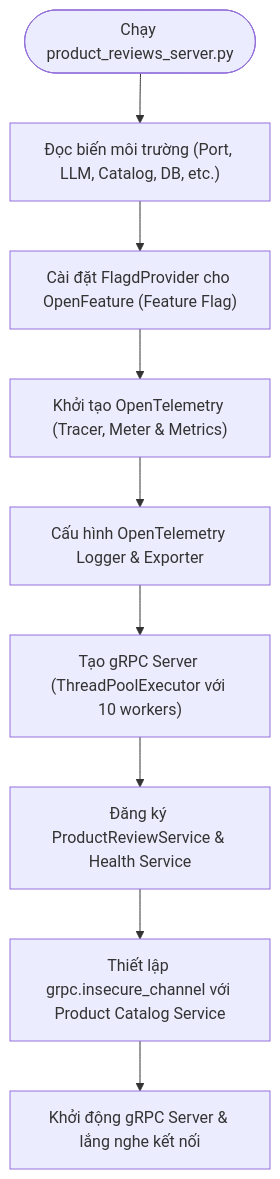
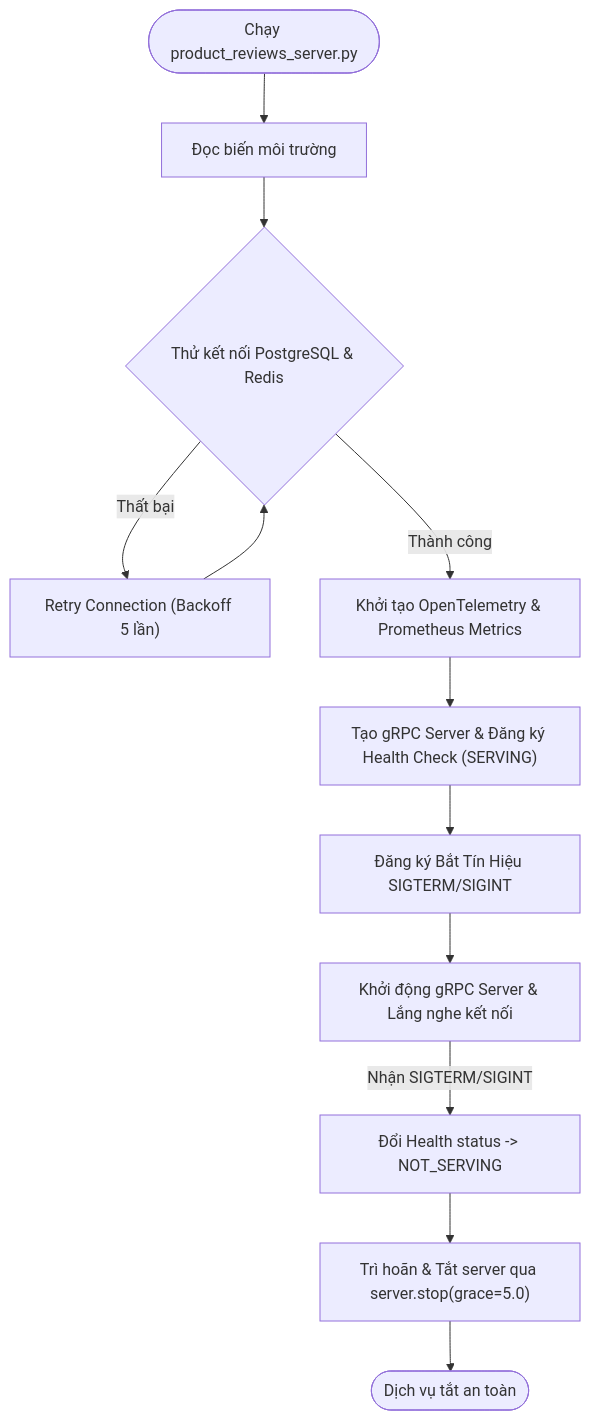
The second of 4 diagrams in AIE1/techx-corp-platform/src/product-reviews/README.md (DangThao195/AIO02_TF3_Phase3), drawn with Mermaid before and after one commit. The commit also changed other lines of this file and 54 other files, not shown here.

Commit message:
merge: pull and integrate AIE1 directory updates from feature/product-review

````diff
--- a/AIE1/techx-corp-platform/src/product-reviews/README.md
+++ b/AIE1/techx-corp-platform/src/product-reviews/README.md
@@ -63,11 +61,15 @@
 ```mermaid
 flowchart TD
-    Start(["Chạy product_reviews_server.py"]) --> Env["Đọc biến môi trường (Port, LLM, Catalog, DB, etc.)"]
-    Env --> SetFlagd["Cài đặt FlagdProvider cho OpenFeature (Feature Flag)"]
-    SetFlagd --> InitOtel["Khởi tạo OpenTelemetry (Tracer, Meter & Metrics)"]
-    InitOtel --> InitLogs["Cấu hình OpenTelemetry Logger & Exporter"]
-    InitLogs --> CreateServer["Tạo gRPC Server (ThreadPoolExecutor với 10 workers)"]
-    CreateServer --> RegServices["Đăng ký ProductReviewService & Health Service"]
-    RegServices --> ConnectCatalog["Thiết lập grpc.insecure_channel với Product Catalog Service"]
-    ConnectCatalog --> StartListen["Khởi động gRPC Server & lắng nghe kết nối"]
+    Start(["Chạy product_reviews_server.py"]) --> Env["Đọc biến môi trường"]
+    Env --> DBConnect{"Thử kết nối PostgreSQL & Redis"}
+    DBConnect -->|Thất bại| Retry["Retry Connection (Backoff 5 lần)"]
+    Retry --> DBConnect
+    DBConnect -->|Thành công| InitOtel["Khởi tạo OpenTelemetry & Prometheus Metrics"]
+    InitOtel --> CreateServer["Tạo gRPC Server & Đăng ký Health Check (SERVING)"]
+    CreateServer --> RegisterSignal["Đăng ký Bắt Tín Hiệu SIGTERM/SIGINT"]
+    RegisterSignal --> StartListen["Khởi động gRPC Server & Lắng nghe kết nối"]
+    
+    StartListen -->|Nhận SIGTERM/SIGINT| HealthNotServing["Đổi Health status -> NOT_SERVING"]
+    HealthNotServing --> WaitGrace["Trì hoãn & Tắt server qua server.stop(grace=5.0)"]
+    WaitGrace --> EndService(["Dịch vụ tắt an toàn"])
 ```
````
